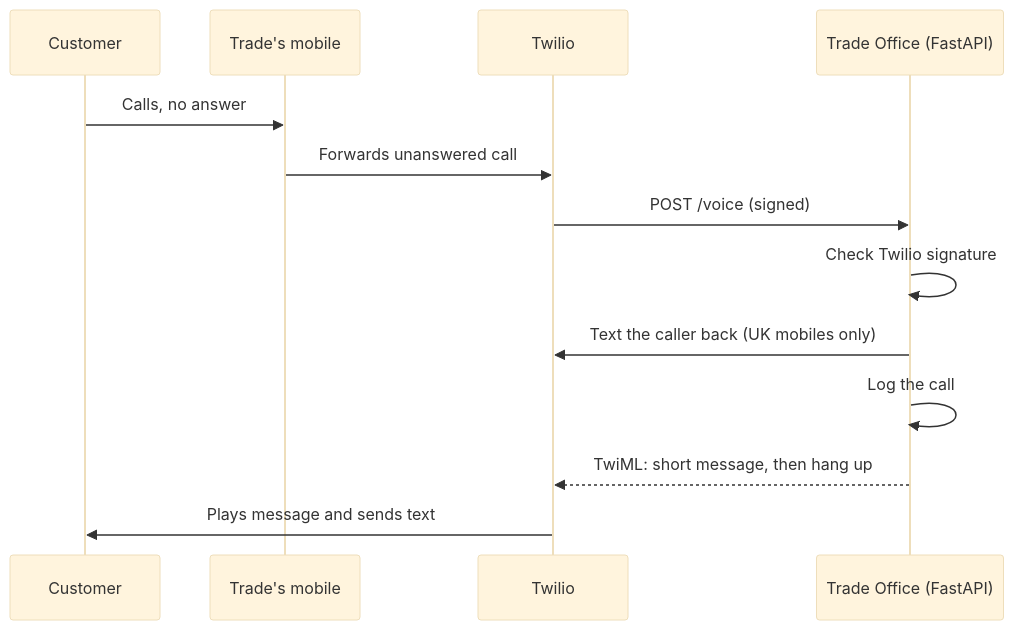
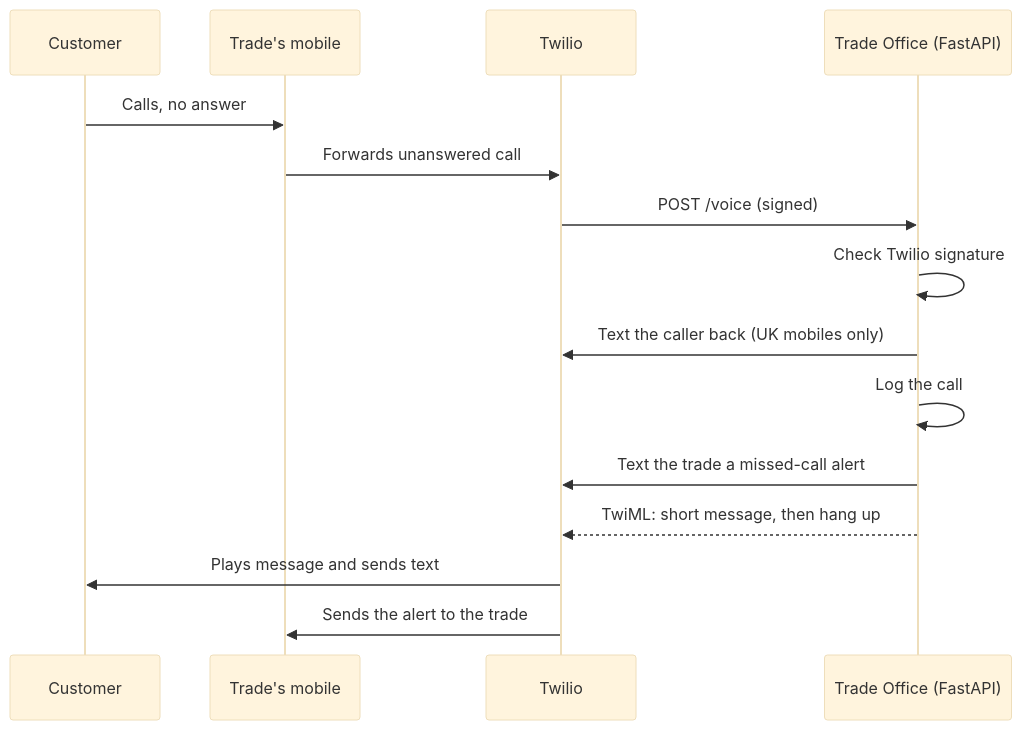
Before and after one commit to jniedzw/trade-office: the diagram in README.md, drawn with Mermaid (base theme). The commit also changed other lines of this file and 2 other files, not shown here.

Commit message:
Forward customers' text replies to the tradesperson

````diff
--- a/README.md
+++ b/README.md
@@ -15,15 +15,17 @@
 ```mermaid
 sequenceDiagram
     participant C as Customer
     participant P as Trade's mobile
     participant T as Twilio
     participant A as Trade Office (FastAPI)
     C->>P: Calls, no answer
     P->>T: Forwards unanswered call
     T->>A: POST /voice (signed)
     A->>A: Check Twilio signature
     A->>T: Text the caller back (UK mobiles only)
     A->>A: Log the call
+    A->>T: Text the trade a missed-call alert
     A-->>T: TwiML: short message, then hang up
     T->>C: Plays message and sends text
+    T->>P: Sends the alert to the trade
 ```
````
